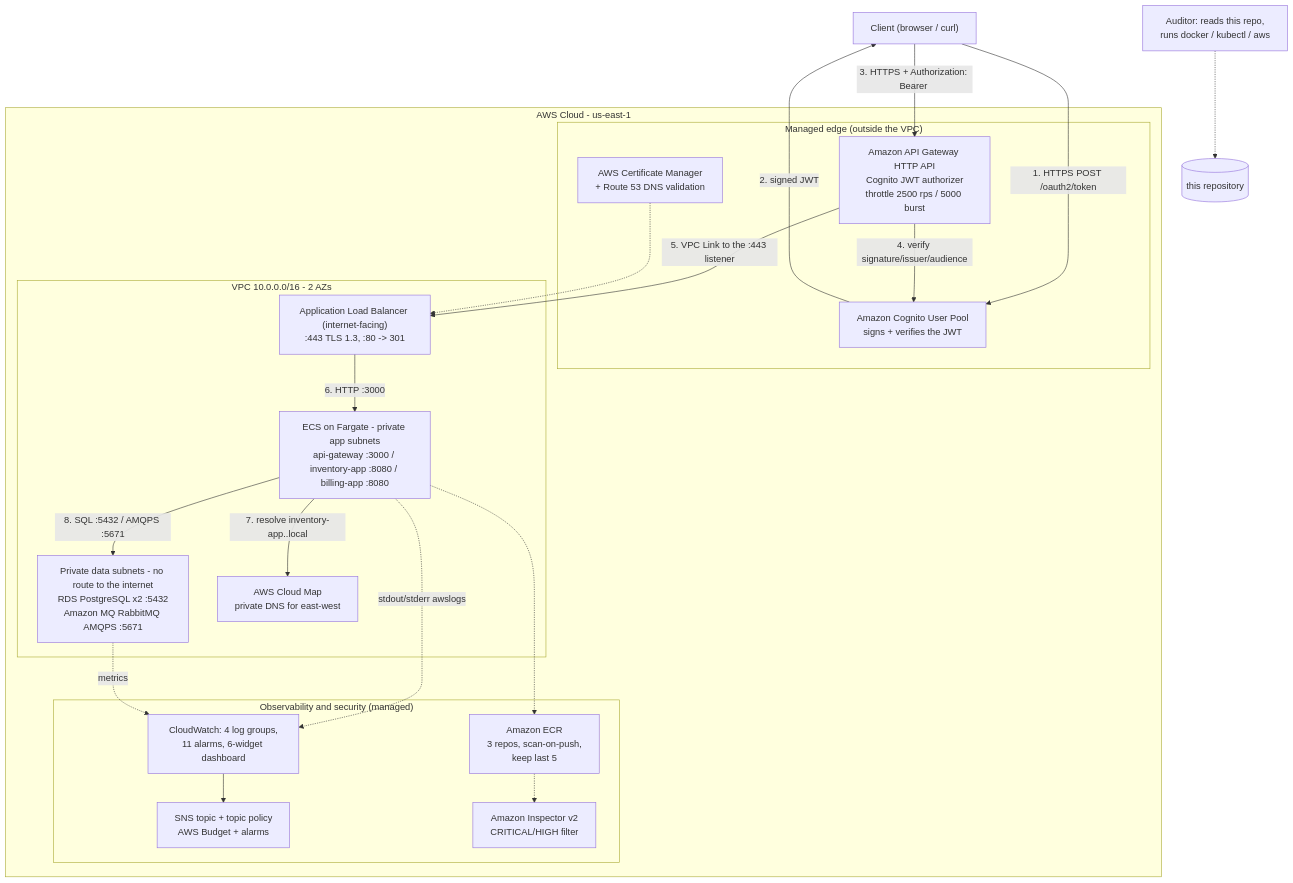
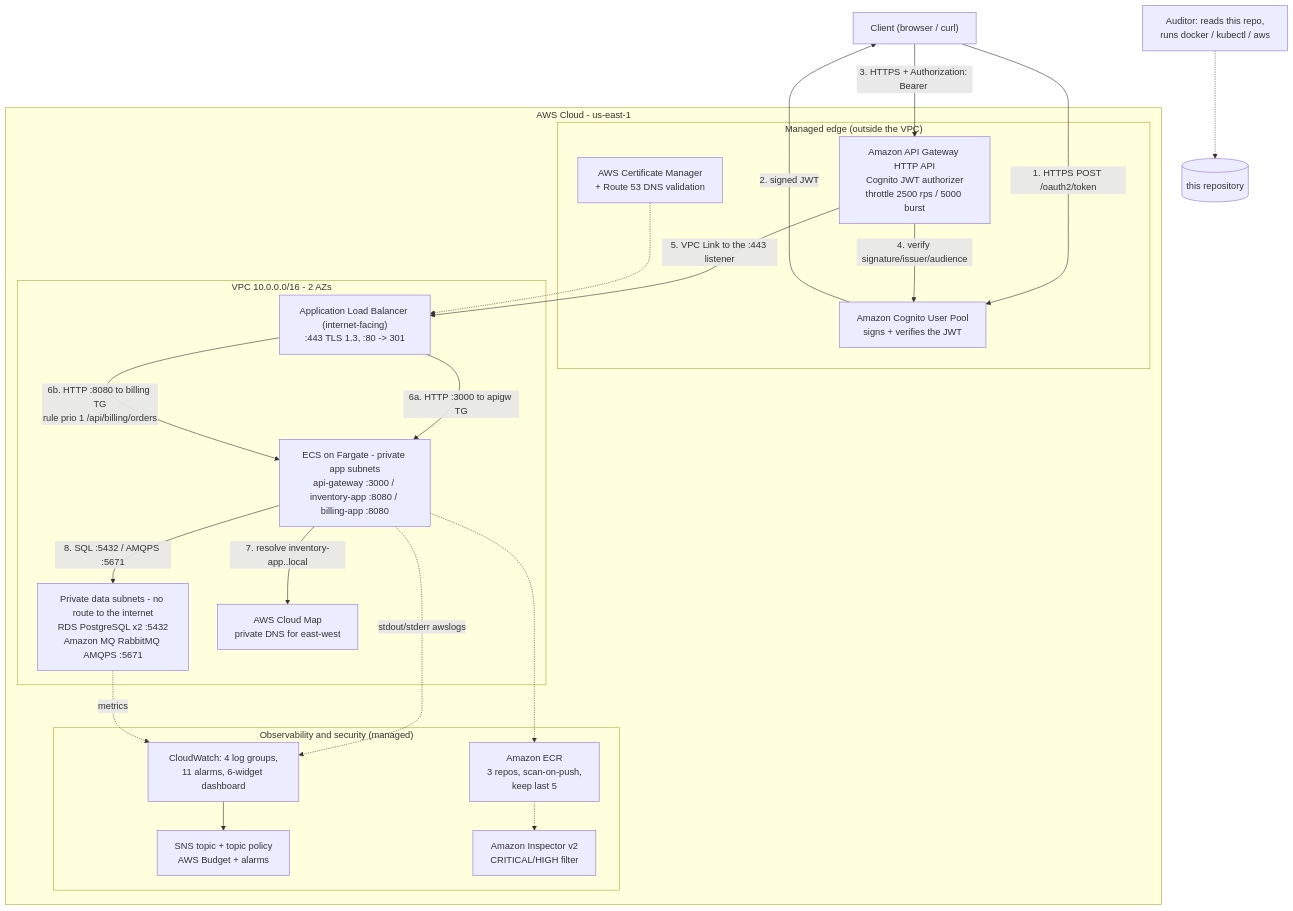
The first of 3 diagrams in README.md (ertval/cloud-design), drawn with Mermaid before and after one commit. The commit also changed other lines of this file and 11 other files, not shown here.

````diff
--- a/README.md
+++ b/README.md
@@ -50,43 +50,44 @@
 ```mermaid
 flowchart TB
     Client["Client (browser / curl)"]
     Auditor["Auditor: reads this repo,<br/>runs docker / kubectl / aws"]
 
     subgraph AWS["AWS Cloud - us-east-1"]
         subgraph Edge["Managed edge (outside the VPC)"]
             APIGW["Amazon API Gateway HTTP API<br/>Cognito JWT authorizer<br/>throttle 2500 rps / 5000 burst"]
             Cognito["Amazon Cognito User Pool<br/>signs + verifies the JWT"]
             ACM["AWS Certificate Manager<br/>+ Route 53 DNS validation"]
         end
 
         subgraph VPC["VPC 10.0.0.0/16 - 2 AZs"]
             ALB["Application Load Balancer (internet-facing)<br/>:443 TLS 1.3, :80 -> 301"]
             AppTier["ECS on Fargate - private app subnets<br/>api-gateway :3000 / inventory-app :8080 / billing-app :8080"]
             DataTier["Private data subnets - no route to the internet<br/>RDS PostgreSQL x2 :5432<br/>Amazon MQ RabbitMQ AMQPS :5671"]
             CloudMap["AWS Cloud Map<br/>private DNS for east-west"]
         end
 
         subgraph Ops["Observability and security (managed)"]
             CW["CloudWatch: 4 log groups,<br/>11 alarms, 6-widget dashboard"]
             SNS["SNS topic + topic policy<br/>AWS Budget + alarms"]
             ECR["Amazon ECR<br/>3 repos, scan-on-push,<br/>keep last 5"]
             Insp["Amazon Inspector v2<br/>CRITICAL/HIGH filter"]
         end
     end
 
     Client -->|"1. HTTPS POST /oauth2/token"| Cognito
     Cognito -->|"2. signed JWT"| Client
     Client -->|"3. HTTPS + Authorization: Bearer <JWT>"| APIGW
     APIGW -->|"4. verify signature/issuer/audience"| Cognito
     APIGW -->|"5. VPC Link to the :443 listener"| ALB
-    ALB -->|"6. HTTP :3000"| AppTier
+    ALB -->|"6a. HTTP :3000 to apigw TG"| AppTier
+    ALB -->|"6b. HTTP :8080 to billing TG<br/>rule prio 1 /api/billing/orders"| AppTier
     AppTier -->|"7. resolve inventory-app.<ns>.local"| CloudMap
     AppTier -->|"8. SQL :5432 / AMQPS :5671"| DataTier
     AppTier -.->|"stdout/stderr awslogs"| CW
     DataTier -.->|"metrics"| CW
     CW --> SNS
     AppTier -.-> ECR
     ECR -.-> Insp
     ACM -.-> ALB
     Auditor -.-> Repo[("this repository")]
 ```
````
